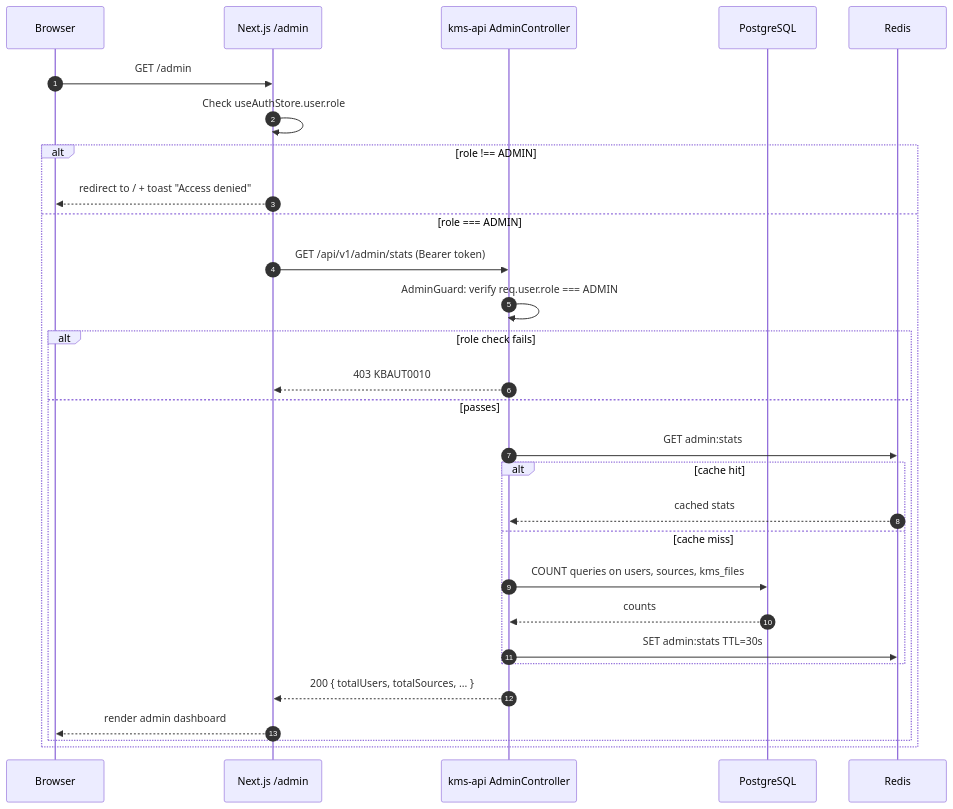
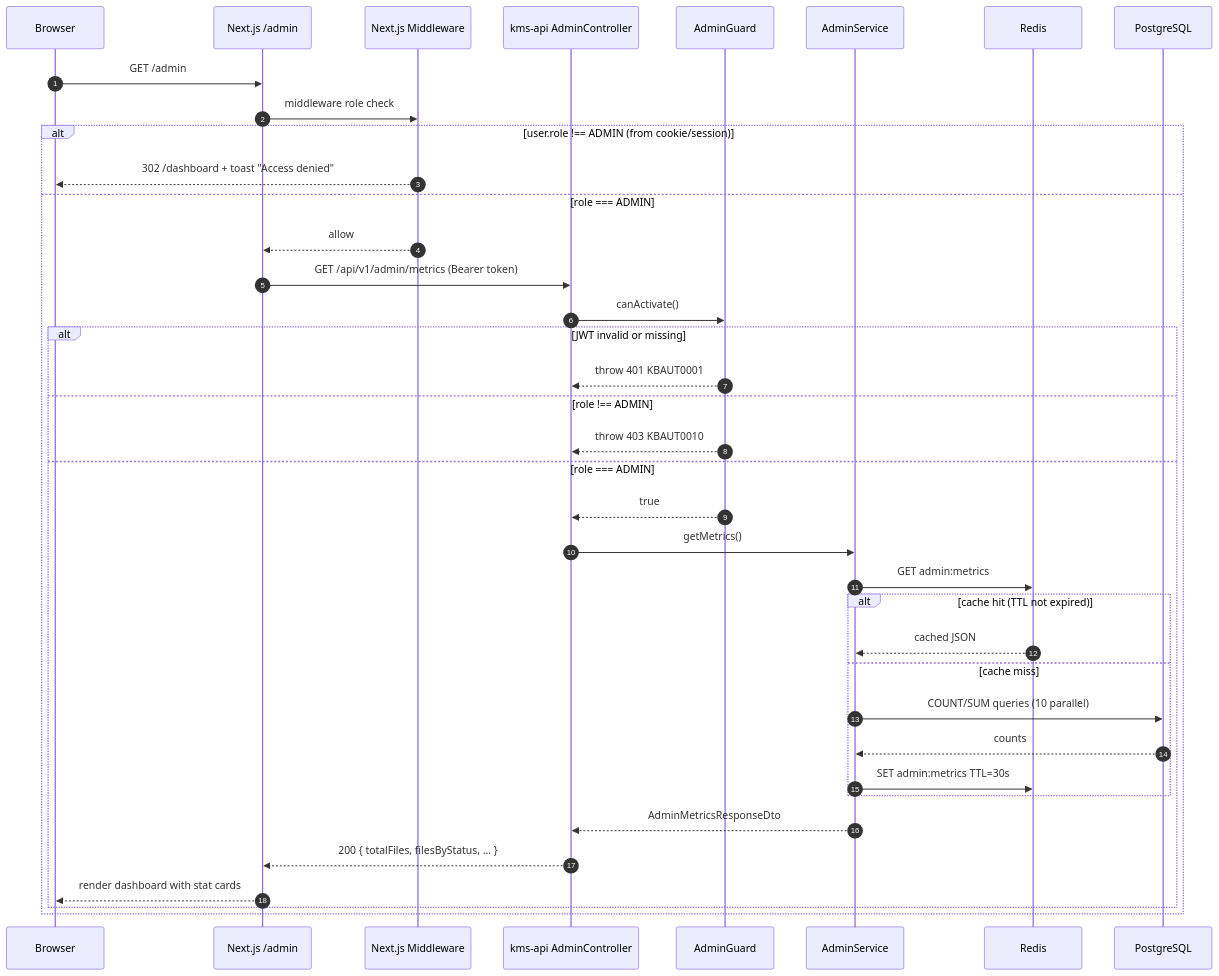
Before and after one commit to gauravprwl14/knowledge-base: the first of 2 diagrams in docs/prd/PRD-admin-dashboard.md, drawn with Mermaid. The commit also changed other lines of this file and 8 other files, not shown here.

````diff
--- a/docs/prd/PRD-admin-dashboard.md
+++ b/docs/prd/PRD-admin-dashboard.md
@@ -120,32 +480,41 @@
 ```mermaid
 sequenceDiagram
     autonumber
     participant B as Browser
     participant FE as Next.js /admin
+    participant MW as Next.js Middleware
     participant API as kms-api AdminController
+    participant Guard as AdminGuard
+    participant Svc as AdminService
+    participant Cache as Redis
     participant DB as PostgreSQL
-    participant Cache as Redis
 
     B->>FE: GET /admin
-    FE->>FE: Check useAuthStore.user.role
-    alt role !== ADMIN
-        FE-->>B: redirect to / + toast "Access denied"
+    FE->>MW: middleware role check
+    alt user.role !== ADMIN (from cookie/session)
+        MW-->>B: 302 /dashboard + toast "Access denied"
     else role === ADMIN
-        FE->>API: GET /api/v1/admin/stats (Bearer token)
-        API->>API: AdminGuard: verify req.user.role === ADMIN
-        alt role check fails
-            API-->>FE: 403 KBAUT0010
-        else passes
-            API->>Cache: GET admin:stats
-            alt cache hit
-                Cache-->>API: cached stats
+        MW-->>FE: allow
+        FE->>API: GET /api/v1/admin/metrics (Bearer token)
+        API->>Guard: canActivate()
+        alt JWT invalid or missing
+            Guard-->>API: throw 401 KBAUT0001
+        else role !== ADMIN
+            Guard-->>API: throw 403 KBAUT0010
+        else role === ADMIN
+            Guard-->>API: true
+            API->>Svc: getMetrics()
+            Svc->>Cache: GET admin:metrics
+            alt cache hit (TTL not expired)
+                Cache-->>Svc: cached JSON
             else cache miss
-                API->>DB: COUNT queries on users, sources, kms_files
-                DB-->>API: counts
-                API->>Cache: SET admin:stats TTL=30s
+                Svc->>DB: COUNT/SUM queries (10 parallel)
+                DB-->>Svc: counts
+                Svc->>Cache: SET admin:metrics TTL=30s
             end
-            API-->>FE: 200 { totalUsers, totalSources, ... }
-            FE-->>B: render admin dashboard
+            Svc-->>API: AdminMetricsResponseDto
+            API-->>FE: 200 { totalFiles, filesByStatus, ... }
+            FE-->>B: render dashboard with stat cards
         end
     end
 ```
````
